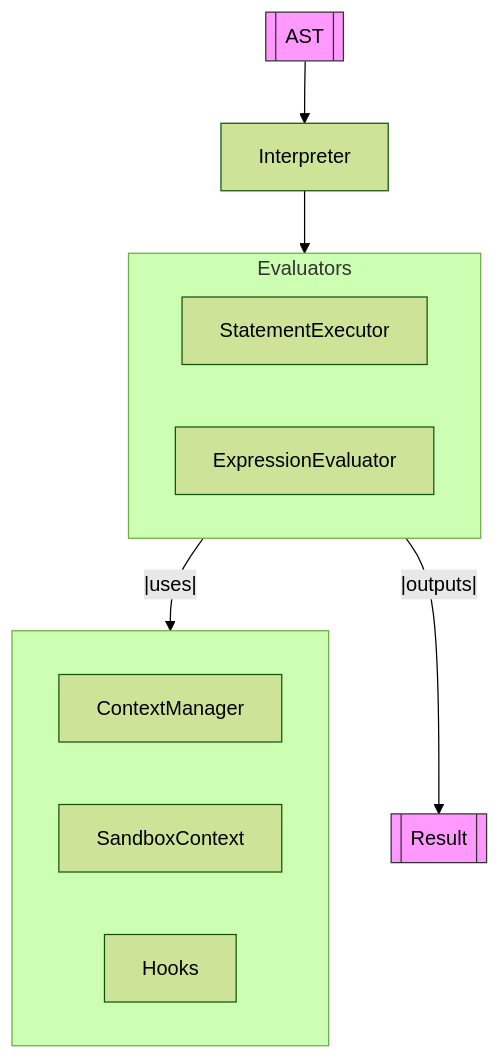
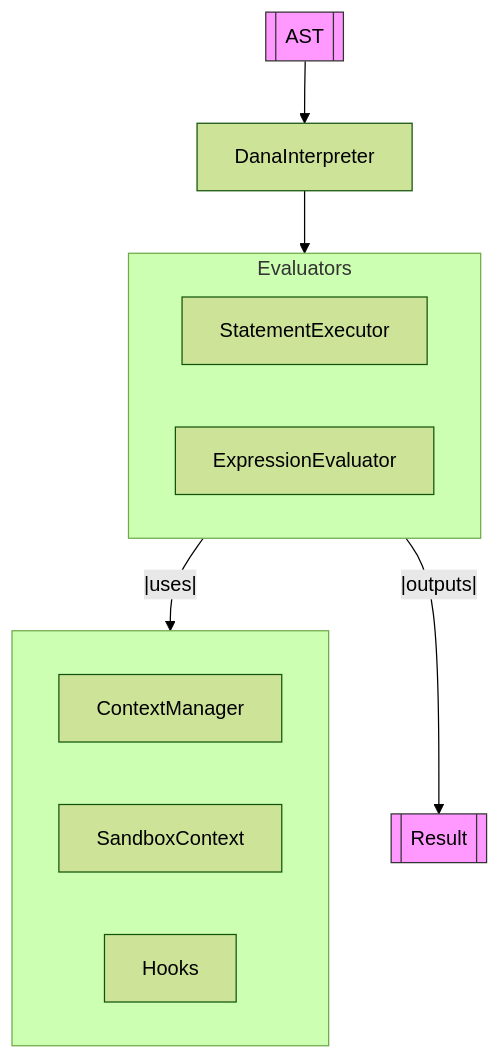
One commit to aitomatic/dana changed the diagram in docs/dana/interpreter.md. Above: the diagram before and after it, drawn with Mermaid (forest theme). The commit also changed other lines of this file and 47 other files, not shown here.

First line of the commit message:
Refactor DANA interpreter and execution components

````diff
--- a/docs/dana/interpreter.md
+++ b/docs/dana/interpreter.md
@@ -32,18 +32,18 @@
 ```mermaid
 graph TB
-    AST[[AST]] --> I[Interpreter]
+    AST[[AST]] --> I[DanaInterpreter]
     I --> EV
     subgraph EV [Evaluators]
         SE[StatementExecutor]
         EE[ExpressionEvaluator]
     end
     subgraph UT [ ]
         CM[ContextManager]
         SC[SandboxContext]
         Hooks[Hooks]
     end
     EV --|uses|--> UT
     EV --|outputs|--> Output[[Result]]
     style AST fill:#f9f,stroke:#333
     style Output fill:#f9f,stroke:#333
 ```
````
